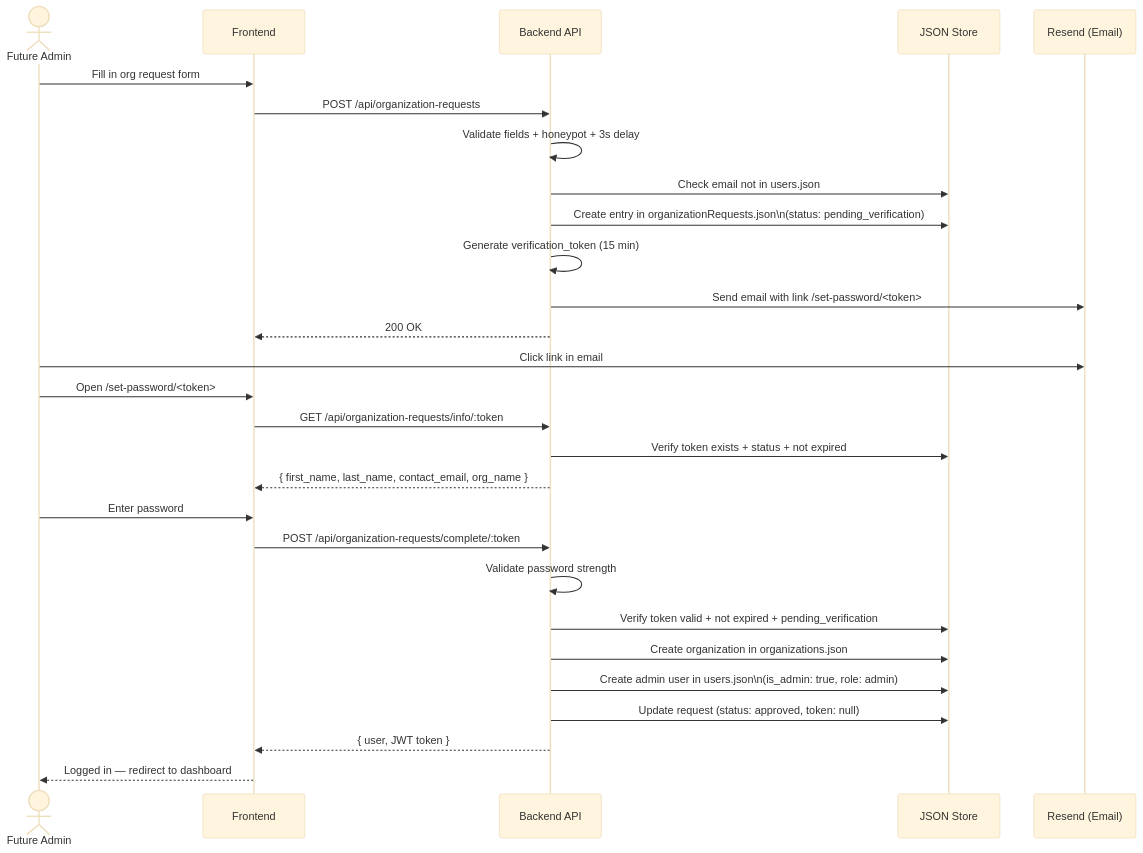
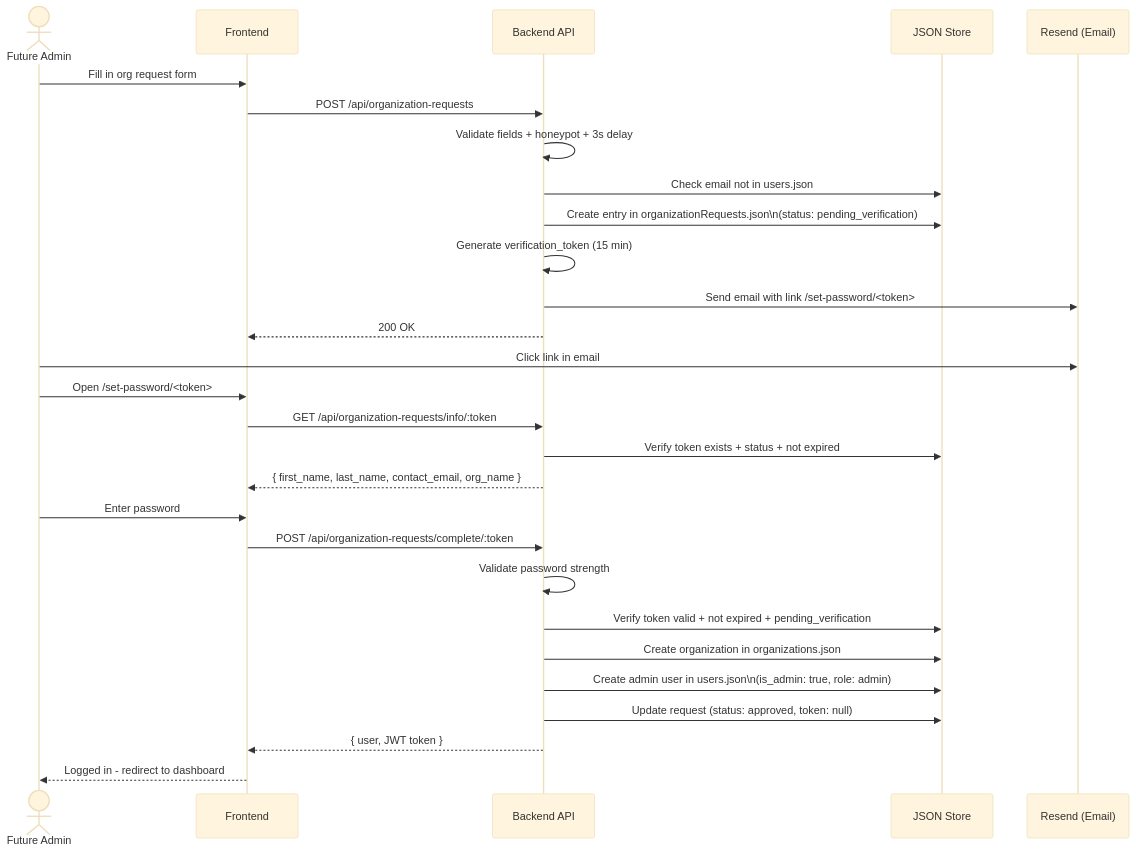
The second of 5 diagrams in README.md (vlldnt/Synapses_ESMS), drawn with Mermaid (base theme) before and after one commit. The commit also changed other lines of this file and 50 other files, not shown here.

````diff
--- a/README.md
+++ b/README.md
@@ -138,33 +138,33 @@
 ```mermaid
 sequenceDiagram
     actor Visitor as Future Admin
     participant Front as Frontend
     participant API as Backend API
     participant Store as JSON Store
     participant Mail as Resend (Email)
 
     Visitor->>Front: Fill in org request form
     Front->>API: POST /api/organization-requests
     API->>API: Validate fields + honeypot + 3s delay
     API->>Store: Check email not in users.json
     API->>Store: Create entry in organizationRequests.json\n(status: pending_verification)
     API->>API: Generate verification_token (15 min)
     API->>Mail: Send email with link /set-password/<token>
     API-->>Front: 200 OK
 
     Visitor->>Mail: Click link in email
     Visitor->>Front: Open /set-password/<token>
     Front->>API: GET /api/organization-requests/info/:token
     API->>Store: Verify token exists + status + not expired
     API-->>Front: { first_name, last_name, contact_email, org_name }
 
     Visitor->>Front: Enter password
     Front->>API: POST /api/organization-requests/complete/:token
     API->>API: Validate password strength
     API->>Store: Verify token valid + not expired + pending_verification
     API->>Store: Create organization in organizations.json
     API->>Store: Create admin user in users.json\n(is_admin: true, role: admin)
     API->>Store: Update request (status: approved, token: null)
     API-->>Front: { user, JWT token }
-    Front-->>Visitor: Logged in — redirect to dashboard
+    Front-->>Visitor: Logged in - redirect to dashboard
 ```
````
